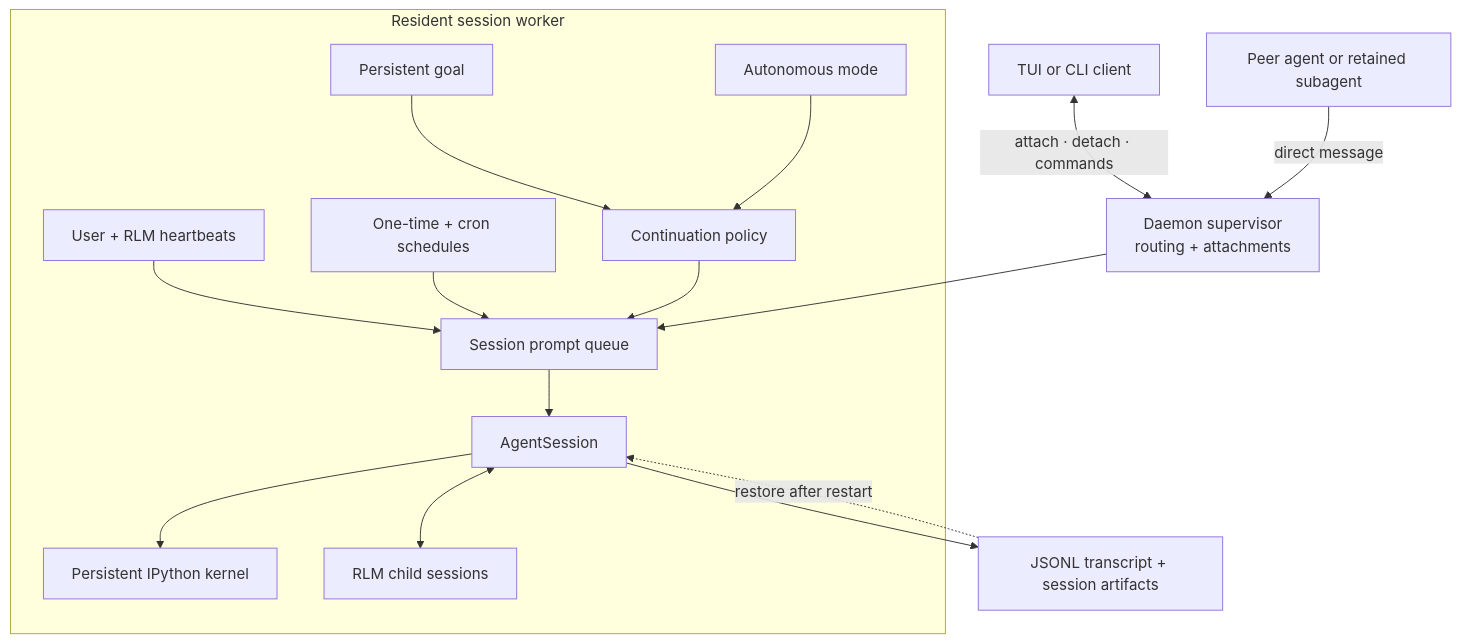
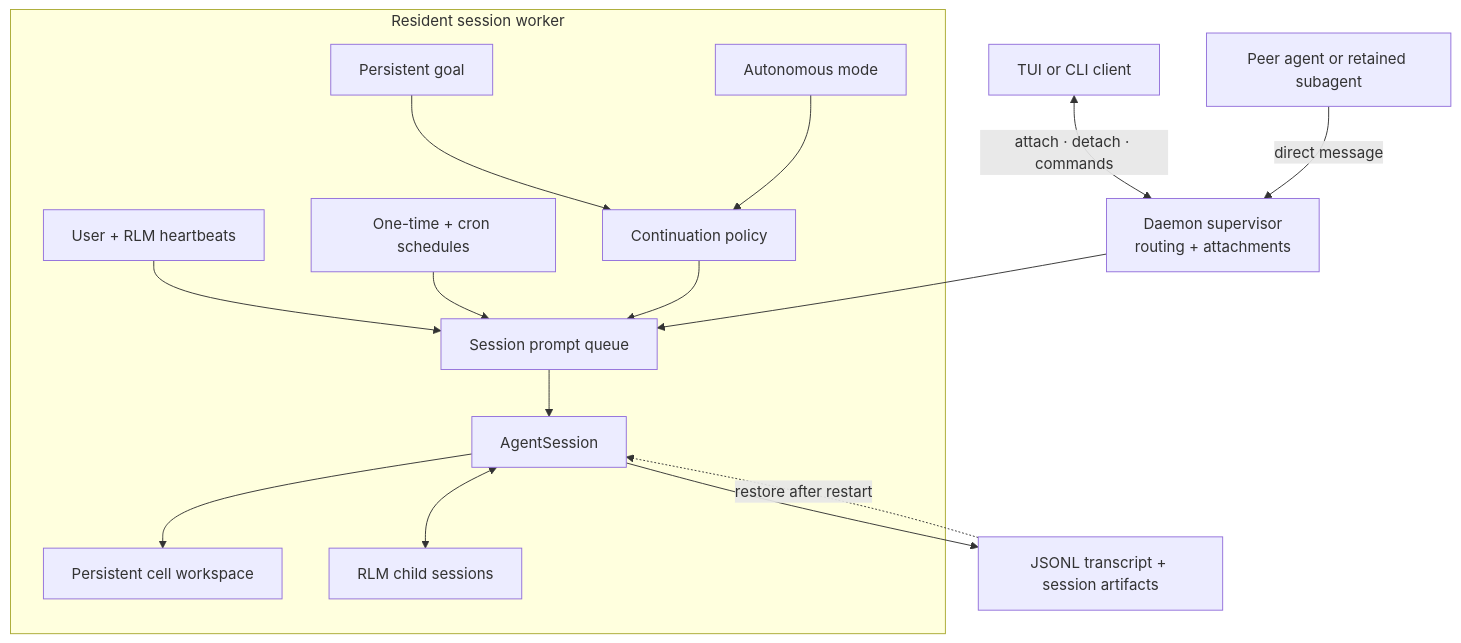
Before and after one commit to second-state/wasmedge-agent: the diagram in packages/coding-agent/docs/long-running-agents.md, drawn with Mermaid. The commit also changed other lines of this file and 16 other files, not shown here.

````diff
--- a/packages/coding-agent/docs/long-running-agents.md
+++ b/packages/coding-agent/docs/long-running-agents.md
@@ -7,35 +7,35 @@
 ```mermaid
 flowchart TD
     client["TUI or CLI client"]
     peer["Peer agent or retained subagent"]
     supervisor["Daemon supervisor<br/>routing + attachments"]
 
     subgraph worker["Resident session worker"]
         heartbeat["User + RLM heartbeats"]
         schedule["One-time + cron schedules"]
         goal["Persistent goal"]
         autonomous["Autonomous mode"]
         policy["Continuation policy"]
         queue["Session prompt queue"]
         session["AgentSession"]
-        kernel["Persistent IPython kernel"]
+        workspace["Persistent cell workspace"]
         children["RLM child sessions"]
 
         heartbeat --> queue
         schedule --> queue
         goal --> policy
         autonomous --> policy
         policy --> queue
         queue --> session
-        session --> kernel
+        session --> workspace
         session <--> children
     end
 
     artifacts["JSONL transcript + session artifacts"]
 
     client <-->|"attach · detach · commands"| supervisor
     peer -->|"direct message"| supervisor
     supervisor --> queue
     session --> artifacts
     artifacts -. "restore after restart" .-> session
 ```
````
